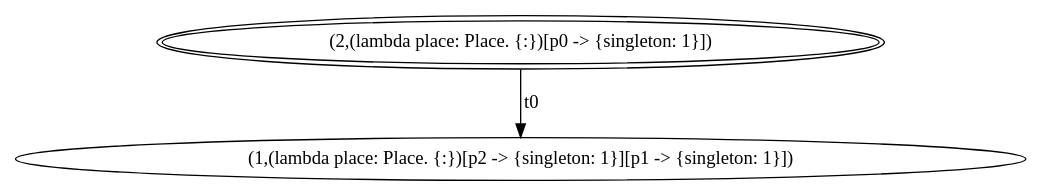
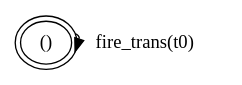
One commit to smucclaw/sandbox changed the diagram in joe/mcrl2/projects/petri_net/workdir/pnet.dot. Above: the diagram before and after it, drawn with Graphviz. The commit also changed 5 other files, not shown here.

```diff
--- a/joe/mcrl2/projects/petri_net/workdir/pnet.dot
+++ b/joe/mcrl2/projects/petri_net/workdir/pnet.dot
@@ -1,10 +1,9 @@
 digraph G {
 center = TRUE;
 mclimit = 10.0;
 nodesep = 0.05;
 node [ width=0.25, height=0.25, label="" ];
 s0 [ peripheries=2 ];
-s0 [label="(2,(lambda place: Place. {:})[p0 -> {singleton: 1}])"];
-s1 [label="(1,(lambda place: Place. {:})[p2 -> {singleton: 1}][p1 -> {singleton: 1}])"];
-s0->s1[label="t0"];
+s0 [label="()"];
+s0->s0[label="fire_trans(t0)"];
 }
```
